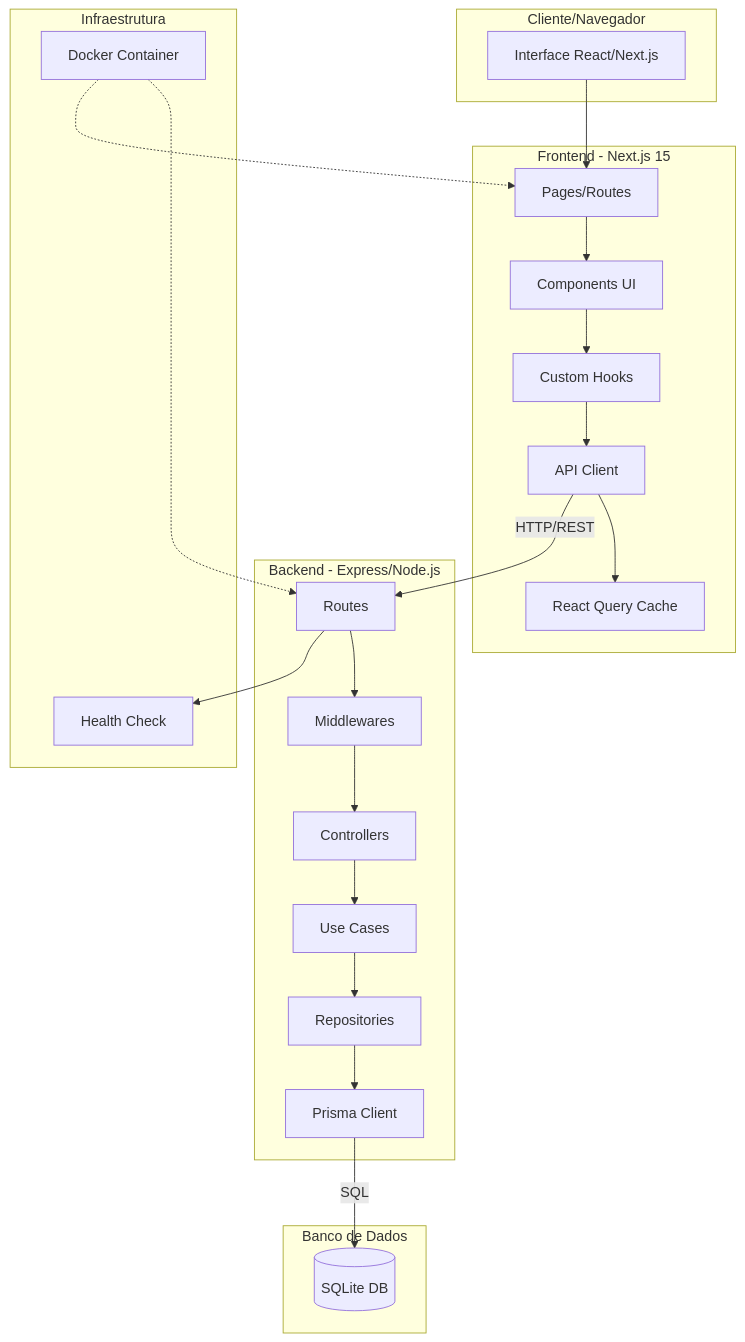
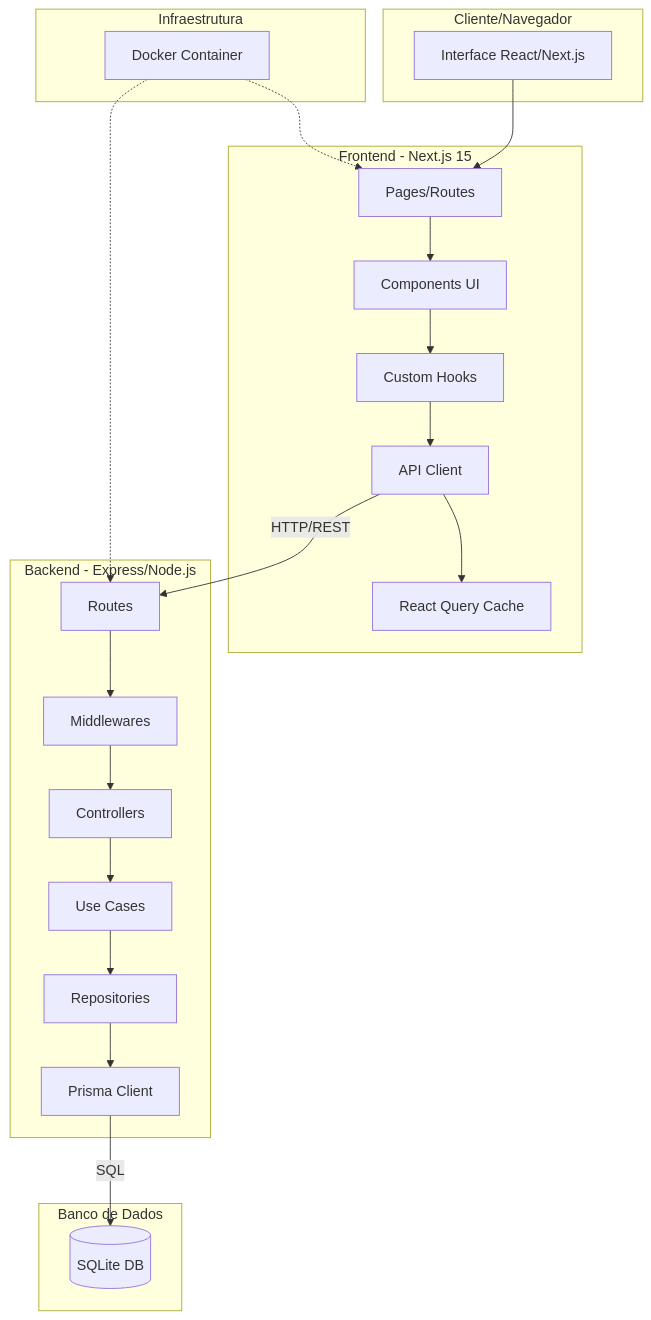
The first of 3 diagrams in documentation/diagrams/architecture.md (JPMworkPROG/TodoManager), drawn with Mermaid before and after one commit. The commit also changed other lines of this file, not shown here.

Commit message:
📝 update diagram

````diff
--- a/documentation/diagrams/architecture.md
+++ b/documentation/diagrams/architecture.md
@@ -5,50 +5,48 @@
 ```mermaid
 graph TB
     subgraph "Cliente/Navegador"
         UI[Interface React/Next.js]
     end
 
     subgraph "Frontend - Next.js 15"
         Pages[Pages/Routes]
         Components[Components UI]
         Hooks[Custom Hooks]
         API_Client[API Client]
         RQ[React Query Cache]
     end
 
     subgraph "Backend - Express/Node.js"
         Routes[Routes]
         Middleware[Middlewares]
         Controllers[Controllers]
         UseCases[Use Cases]
         Repositories[Repositories]
         Prisma[Prisma Client]
     end
 
     subgraph "Banco de Dados"
         SQLite[(SQLite DB)]
     end
 
     subgraph "Infraestrutura"
         Docker[Docker Container]
-        Health[Health Check]
     end
 
     UI --> Pages
     Pages --> Components
     Components --> Hooks
     Hooks --> API_Client
     API_Client --> RQ
     API_Client -->|HTTP/REST| Routes
     
     Routes --> Middleware
     Middleware --> Controllers
     Controllers --> UseCases
     UseCases --> Repositories
     Repositories --> Prisma
     Prisma -->|SQL| SQLite
     
-    Routes --> Health
     Docker -.-> Routes
     Docker -.-> Pages
 ```
````
